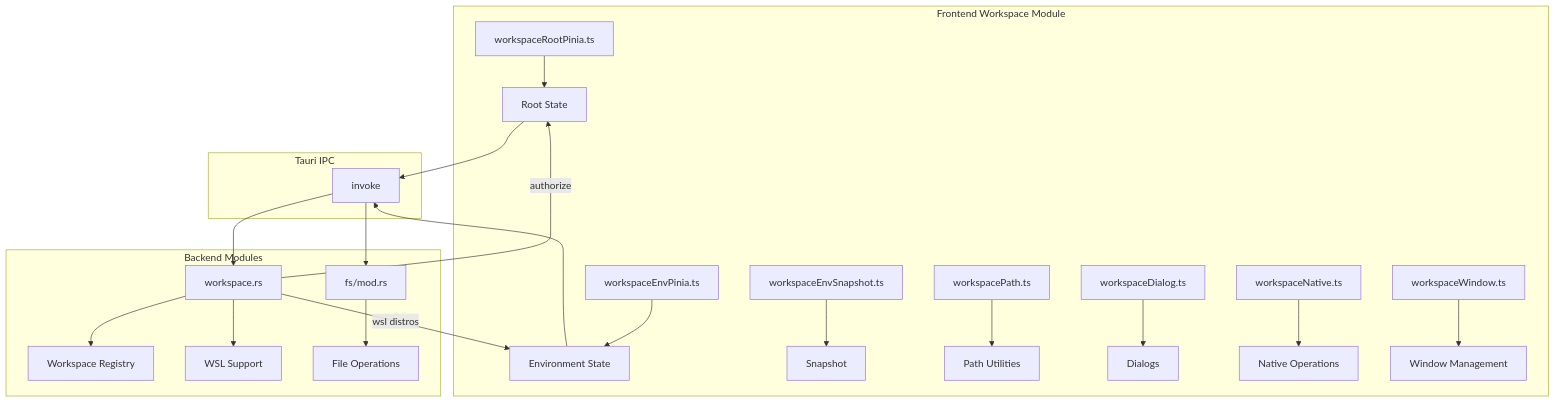
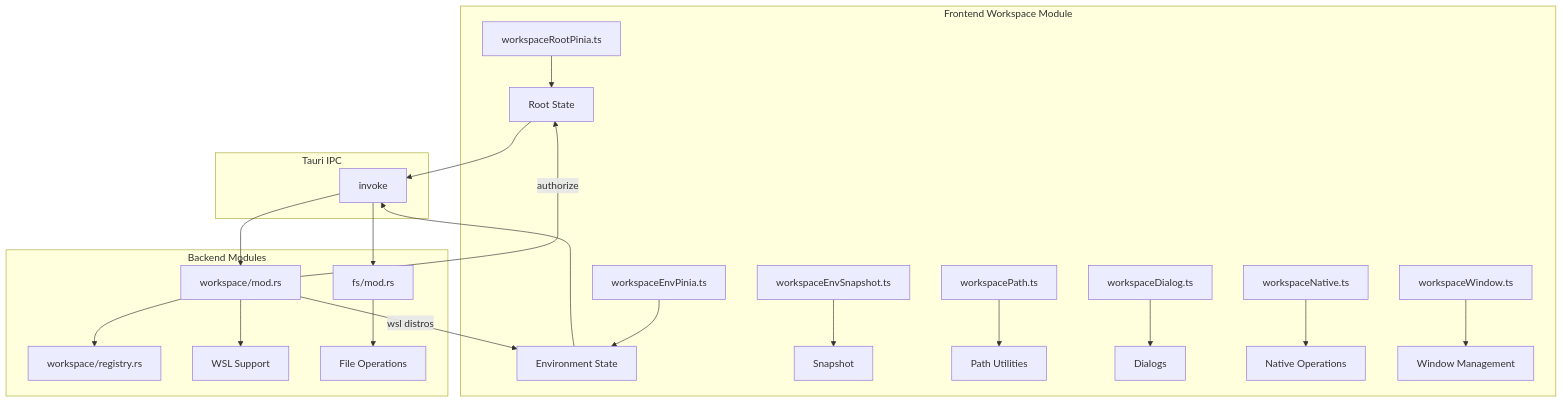
One commit to xinggaoya/nexterm changed the diagram in docs/architecture/workspace/detailed-design.md. Above: the diagram before and after it, drawn with Mermaid. The commit also changed other lines of this file and 15 other files, not shown here.

First line of the commit message:
docs(architecture): 全面同步模块文档与实现现状

````diff
--- a/docs/architecture/workspace/detailed-design.md
+++ b/docs/architecture/workspace/detailed-design.md
@@ -7,28 +7,28 @@
 ```mermaid
 graph TB
     subgraph "Frontend Workspace Module"
         A[workspaceRootPinia.ts] --> B[Root State]
         C[workspaceEnvPinia.ts] --> D[Environment State]
         E[workspaceEnvSnapshot.ts] --> F[Snapshot]
         G[workspacePath.ts] --> H[Path Utilities]
         I[workspaceDialog.ts] --> J[Dialogs]
         K[workspaceNative.ts] --> L[Native Operations]
         M[workspaceWindow.ts] --> N[Window Management]
     end
     
     subgraph "Backend Modules"
-        O[workspace.rs] --> P[Workspace Registry]
+        O[workspace/mod.rs] --> P[workspace/registry.rs]
         O --> Q[WSL Support]
         R[fs/mod.rs] --> S[File Operations]
     end
     
     subgraph "Tauri IPC"
         T[invoke] --> O
         T --> R
         O -->|authorize| B
         O -->|wsl distros| D
     end
     
     B --> T
     D --> T
 ```
````
